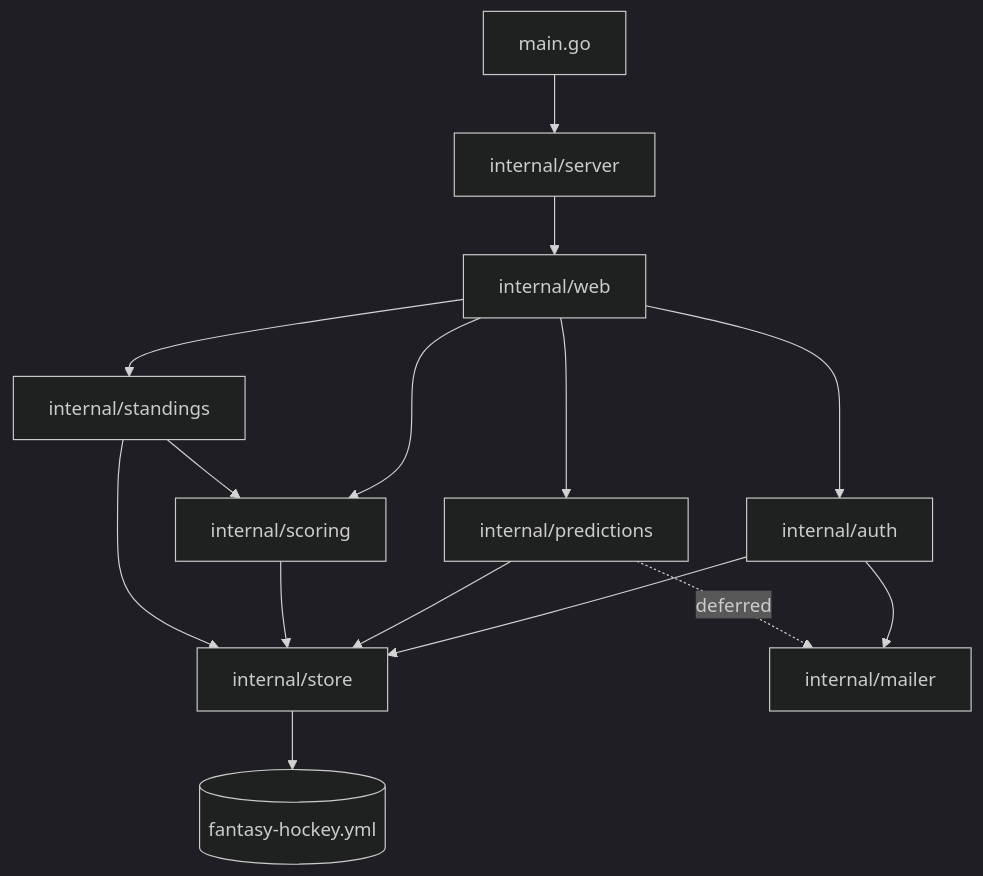
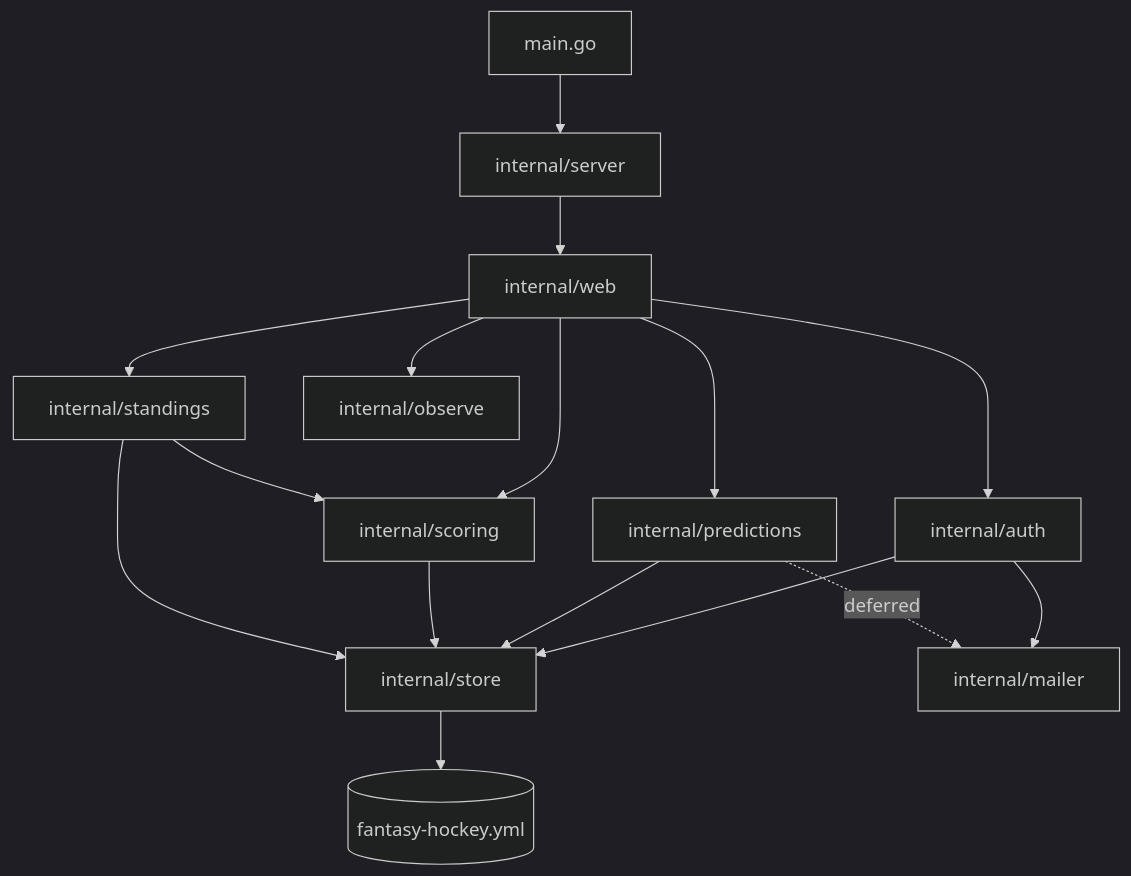
The first of 2 diagrams in _bmad-output/planning-artifacts/architecture/architecture-fantasy-hockey-2026-09-14/ARCHITECTURE-SPINE.md (sommerfeld-io/fantasy-hockey), drawn with Mermaid (dark theme) before and after one commit. The commit also changed other lines of this file and 4 other files, not shown here.

First line of the commit message:
docs(architecture): add reverse proxy and observability decisions for Epic 9

````diff
--- a/_bmad-output/planning-artifacts/architecture/architecture-fantasy-hockey-2026-09-14/ARCHITECTURE-SPINE.md
+++ b/_bmad-output/planning-artifacts/architecture/architecture-fantasy-hockey-2026-09-14/ARCHITECTURE-SPINE.md
@@ -37,17 +38,18 @@
 ```mermaid
 graph TD
     main["main.go"] --> server["internal/server"]
     server --> web["internal/web"]
     web --> auth["internal/auth"]
     web --> predictions["internal/predictions"]
     web --> scoring["internal/scoring"]
     web --> standings["internal/standings"]
+    web --> observe["internal/observe"]
     auth --> store["internal/store"]
     auth --> mailer["internal/mailer"]
     predictions --> store
     predictions -.deferred.-> mailer
     scoring --> store
     standings --> store
     standings --> scoring
     store --> file[("fantasy-hockey.yml")]
 ```
````
